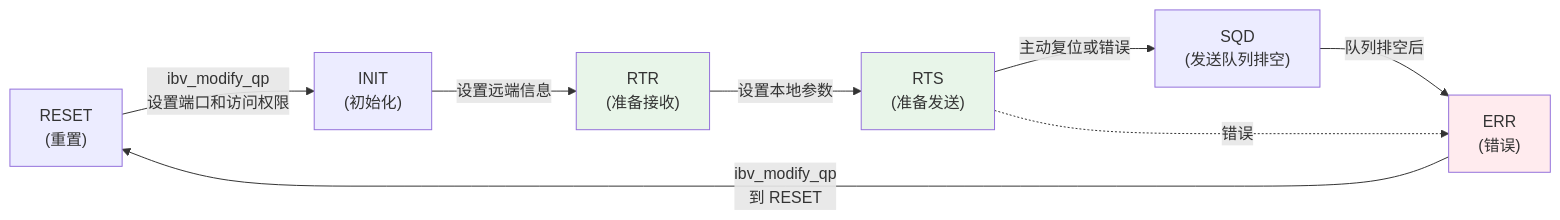
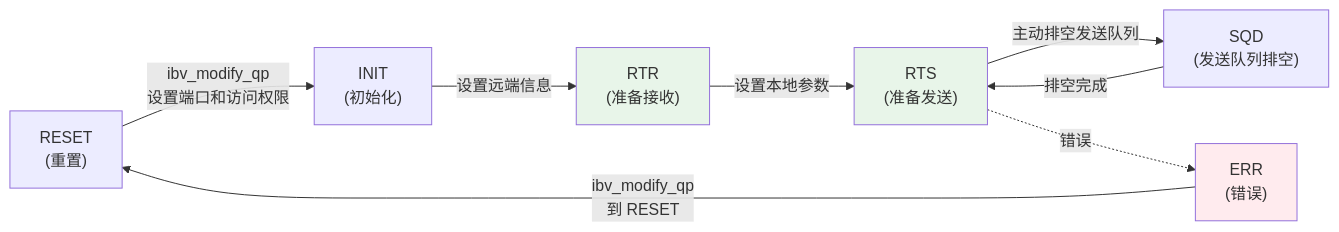
One commit to alogfans/RDMA101 changed the second of 2 diagrams in docs/02-programming-model/04-qp.md. Above: the diagram before and after it, drawn with Mermaid. The commit also changed other lines of this file and 26 other files, not shown here.

````diff
--- a/docs/02-programming-model/04-qp.md
+++ b/docs/02-programming-model/04-qp.md
@@ -202,21 +202,21 @@
 ```mermaid
 flowchart LR
     RESET["RESET<br/>(重置)"]
     INIT["INIT<br/>(初始化)"]
     RTR["RTR<br/>(准备接收)"]
     RTS["RTS<br/>(准备发送)"]
     SQD["SQD<br/>(发送队列排空)"]
     ERR["ERR<br/>(错误)"]
 
     RESET -->|"ibv_modify_qp<br/>设置端口和访问权限"| INIT
     INIT -->|"设置远端信息"| RTR
     RTR -->|"设置本地参数"| RTS
-    RTS -->|"主动复位或错误"| SQD
-    SQD -->|"队列排空后"| ERR
+    RTS -->|"主动排空发送队列"| SQD
+    SQD -->|"排空完成"| RTS
     RTS -.->|"错误"| ERR
     ERR -->|"ibv_modify_qp<br/>到 RESET"| RESET
 
     style RTS fill:#e8f5e9
     style RTR fill:#e8f5e9
     style ERR fill:#ffebee
 ```
````
